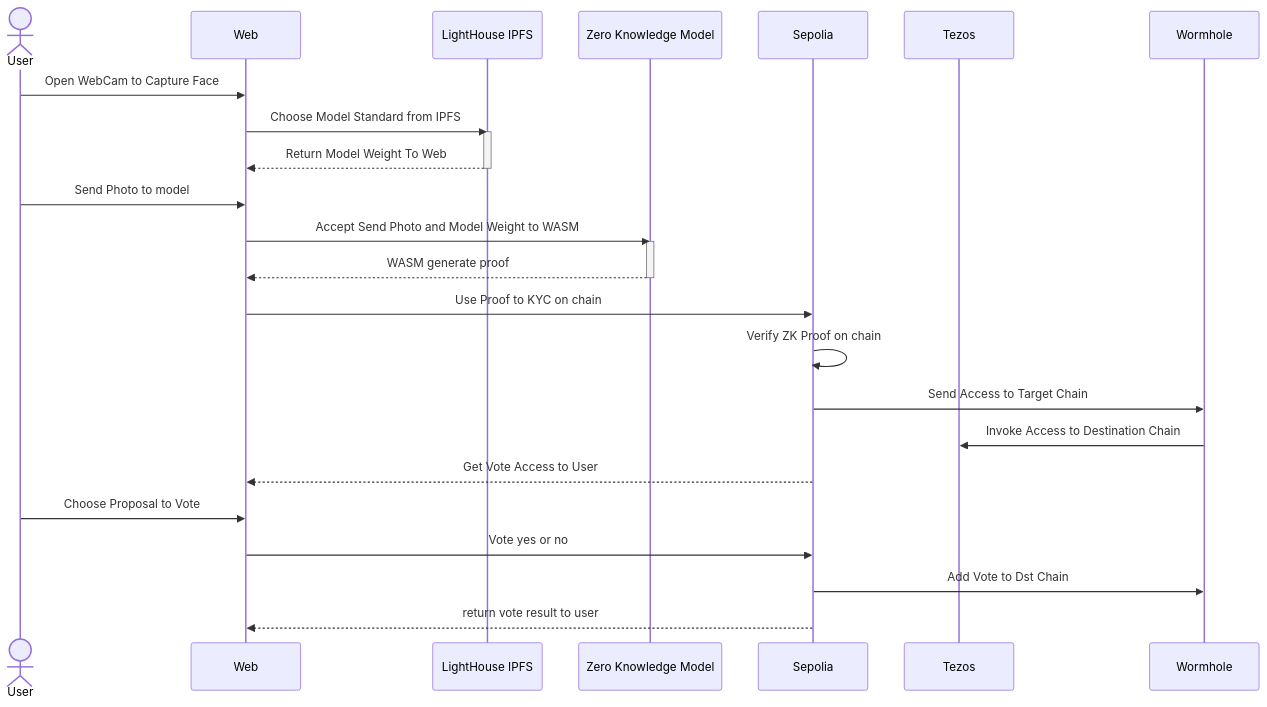
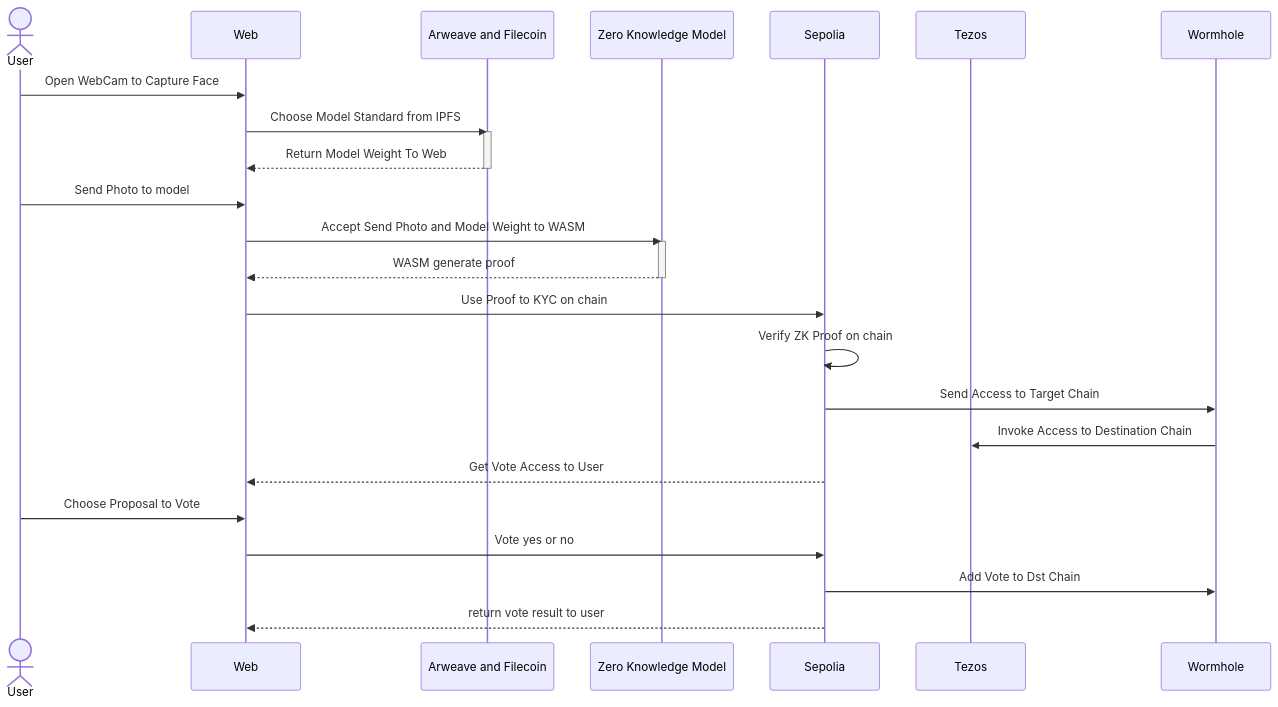
The diagram in README.md (scdnj/public-marketplace-for-finetuning), drawn with Mermaid before and after one commit. The commit also changed other lines of this file, not shown here.

````diff
--- a/README.md
+++ b/README.md
@@ -39,36 +39,36 @@
 ```mermaid
 sequenceDiagram
     actor User
     participant Web
-    participant I as LightHouse IPFS
+    participant I as Arweave and Filecoin
     participant Z as Zero Knowledge Model
     participant S as Sepolia
     participant T as Tezos
     participant W as Wormhole
     %% Webcam
     User ->> Web: Open WebCam to Capture Face
     
     Web ->> I: Choose Model Standard from IPFS
     activate I
     I -->> Web: Return Model Weight To Web 
     deactivate I
 
     %% generate proof
     User ->> Web: Send Photo to model
     Web ->> Z: Accept Send Photo and Model Weight to WASM
     activate Z
     Z -->> Web: WASM generate proof
     deactivate Z
 
     %% Use Proof to Verify
     Web ->> S: Use Proof to KYC on chain
     S ->> S: Verify ZK Proof on chain
     S ->> W: Send Access to Target Chain
     W ->> T: Invoke Access to Destination Chain 
     S -->> Web: Get Vote Access to User
     %% Vote
     User ->> Web: Choose Proposal to Vote
     Web ->> S: Vote yes or no
     S ->> W: Add Vote to Dst Chain
     S -->> Web: return vote result to user
 ```
````
